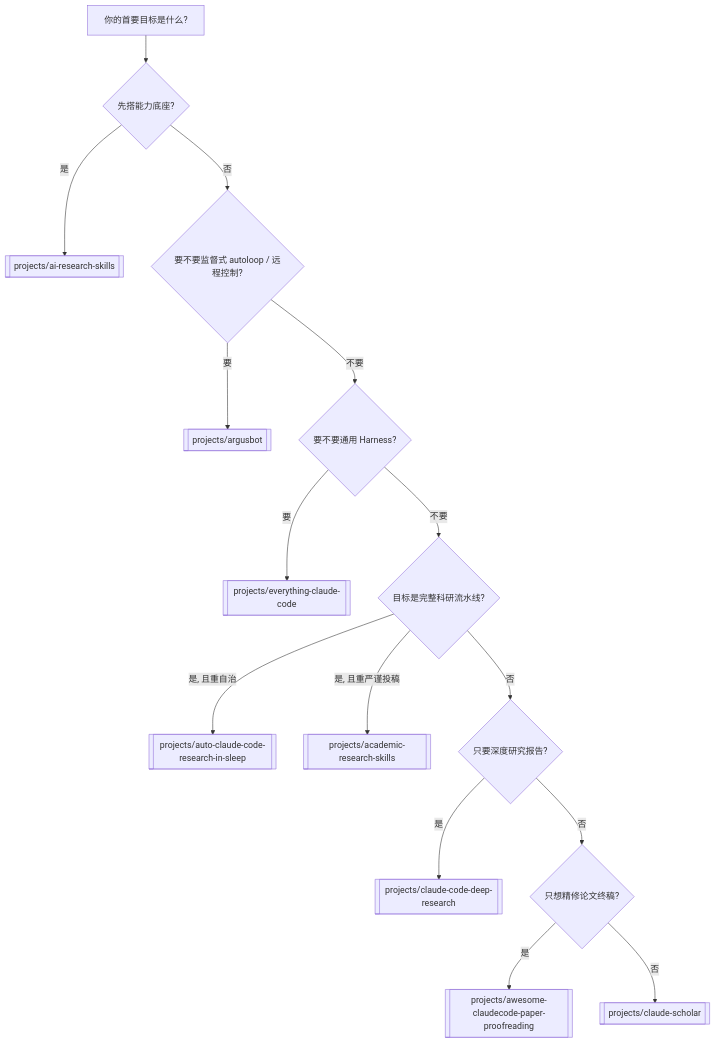
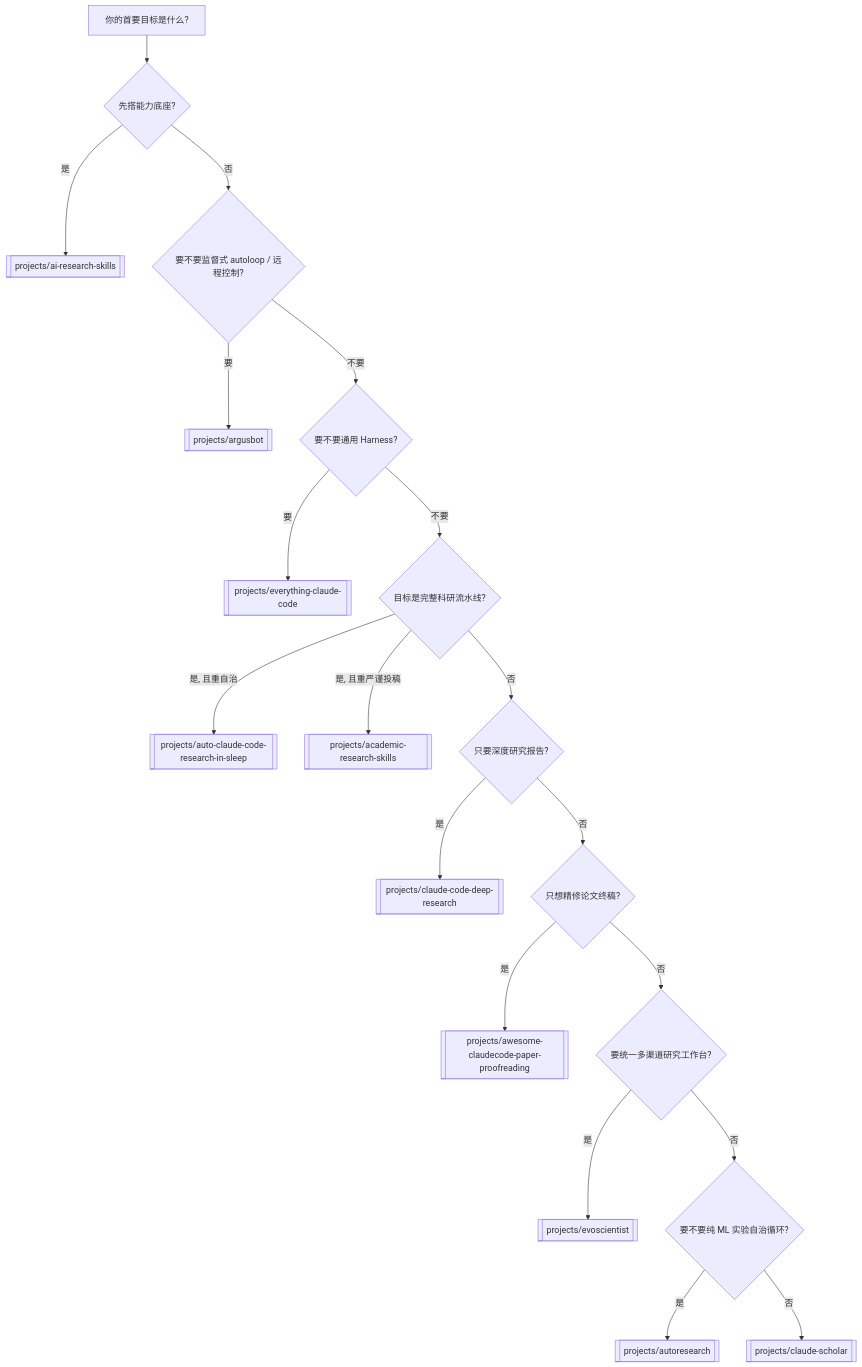
One commit to Kozmosa/scholar-agent changed the second of 2 diagrams in docs/summary/academic-research-agents-overview.md. Above: the diagram before and after it, drawn with Mermaid. The commit also changed other lines of this file and 13 other files, not shown here.

````diff
--- a/docs/summary/academic-research-agents-overview.md
+++ b/docs/summary/academic-research-agents-overview.md
@@ -75,18 +84,22 @@
 ```mermaid
 flowchart TD
     A[你的首要目标是什么?]
     A --> B{先搭能力底座?}
     B -->|是| C[[projects/ai-research-skills]]
     B -->|否| D{要不要监督式 autoloop / 远程控制?}
     D -->|要| E[[projects/argusbot]]
     D -->|不要| F{要不要通用 Harness?}
     F -->|要| G[[projects/everything-claude-code]]
     F -->|不要| H{目标是完整科研流水线?}
     H -->|是, 且重自治| I[[projects/auto-claude-code-research-in-sleep]]
     H -->|是, 且重严谨投稿| J[[projects/academic-research-skills]]
     H -->|否| K{只要深度研究报告?}
     K -->|是| L[[projects/claude-code-deep-research]]
     K -->|否| M{只想精修论文终稿?}
     M -->|是| N[[projects/awesome-claudecode-paper-proofreading]]
-    M -->|否| O[[projects/claude-scholar]]
+    M -->|否| P{要统一多渠道研究工作台?}
+    P -->|是| R[[projects/evoscientist]]
+    P -->|否| Q{要不要纯 ML 实验自治循环?}
+    Q -->|是| S[[projects/autoresearch]]
+    Q -->|否| O[[projects/claude-scholar]]
 ```
````
